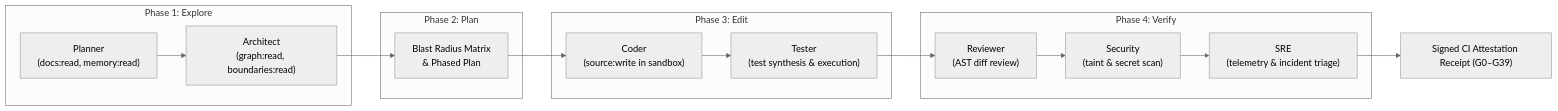
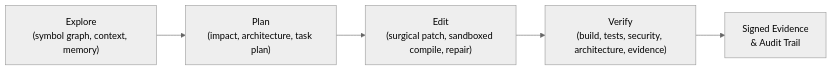
Before and after one commit to JayveerPrajapati/kern: the second of 3 diagrams in docs/architecture.md, drawn with Mermaid (neutral theme). The commit also changed other lines of this file and 34 other files, not shown here.

````diff
--- a/docs/architecture.md
+++ b/docs/architecture.md
@@ -64,31 +68,12 @@
 ```mermaid
 flowchart LR
-    subgraph Phase1["Phase 1: Explore"]
-        Planner["Planner<br/>(docs:read, memory:read)"]
-        Architect["Architect<br/>(graph:read, boundaries:read)"]
-    end
+    Explore["Explore<br/>(symbol graph, context, memory)"]
+    Plan["Plan<br/>(impact, architecture, task plan)"]
+    Edit["Edit<br/>(surgical patch, sandboxed compile, repair)"]
+    Verify["Verify<br/>(build, tests, security, architecture, evidence)"]
 
-    subgraph Phase2["Phase 2: Plan"]
-        PlanMilestone["Blast Radius Matrix<br/>& Phased Plan"]
-    end
-
-    subgraph Phase3["Phase 3: Edit"]
-        Coder["Coder<br/>(source:write in sandbox)"]
-        Tester["Tester<br/>(test synthesis & execution)"]
-    end
-
-    subgraph Phase4["Phase 4: Verify"]
-        Reviewer["Reviewer<br/>(AST diff review)"]
-        Security["Security<br/>(taint & secret scan)"]
-        SRE["SRE<br/>(telemetry & incident triage)"]
-    end
-
-    Planner --> Architect
-    Architect --> PlanMilestone
-    PlanMilestone --> Coder
-    Coder --> Tester
-    Tester --> Reviewer
-    Reviewer --> Security
-    Security --> SRE
-    SRE --> SignedReceipt["Signed CI Attestation Receipt (G0–G39)"]
+    Explore --> Plan
+    Plan --> Edit
+    Edit --> Verify
+    Verify --> Evidence["Signed Evidence<br/>& Audit Trail"]
 ```
````
